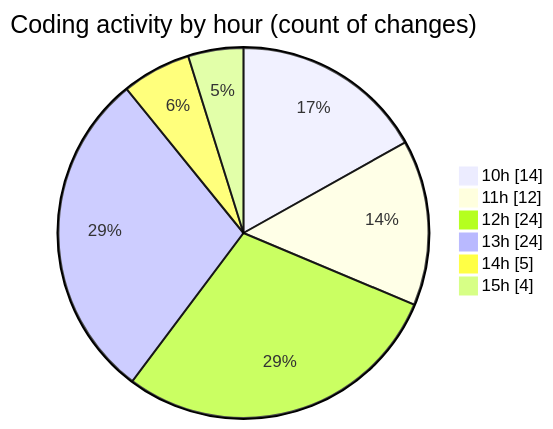
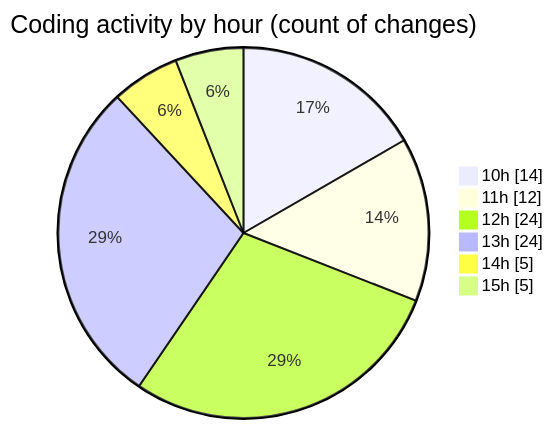
The second of 2 diagrams in 2025-09-29/cda/README.md (momahboobian/code-tracking), drawn with Mermaid before and after one commit. The commit also changed other lines of this file and 1 other file, not shown here.

````diff
--- a/2025-09-29/cda/README.md
+++ b/2025-09-29/cda/README.md
@@ -40,10 +41,10 @@
 ```mermaid
 pie showData
 title Coding activity by hour (count of changes)
 "10h" : 14
 "11h" : 12
 "12h" : 24
 "13h" : 24
 "14h" : 5
-"15h" : 4
+"15h" : 5
 ```
````
